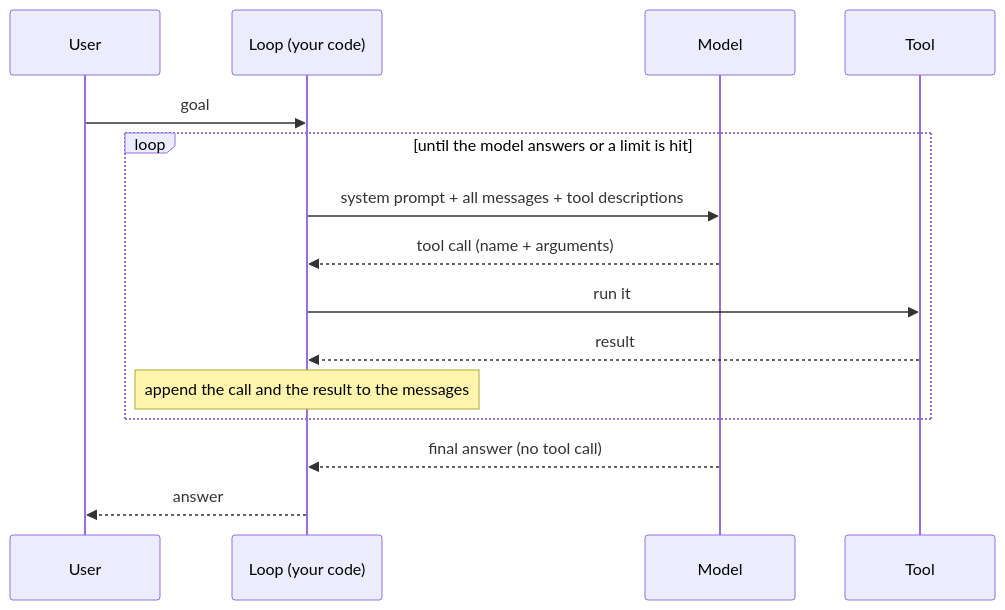
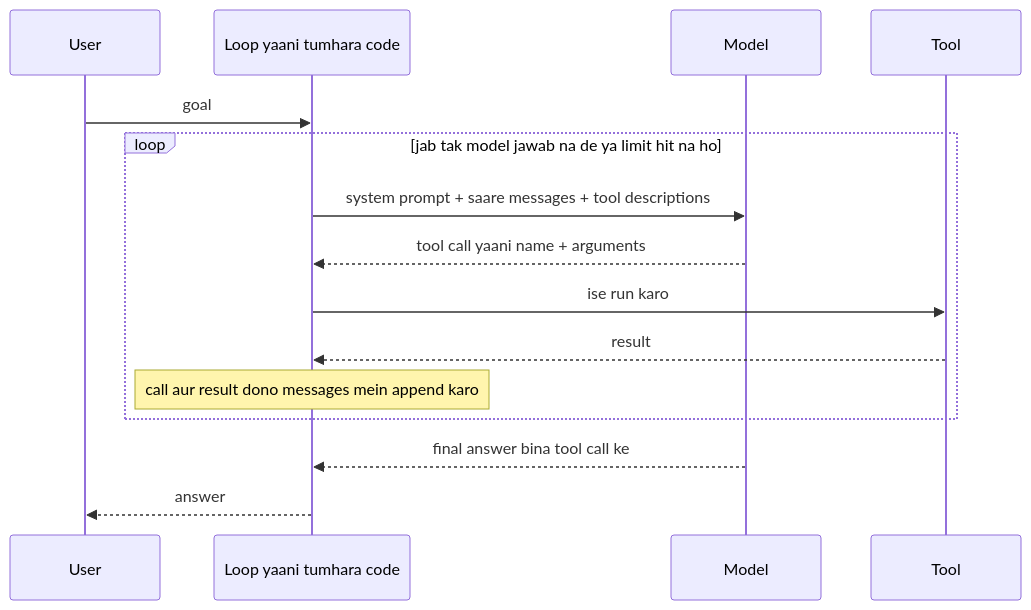
Before and after one commit to asmustechno/agentic-ai-notes: the second of 2 diagrams in docs/02-the-agent-loop/02.1-the-observe-think-act-loop.md, drawn with Mermaid. The commit also changed other lines of this file and 135 other files, not shown here.

````diff
--- a/docs/02-the-agent-loop/02.1-the-observe-think-act-loop.md
+++ b/docs/02-the-agent-loop/02.1-the-observe-think-act-loop.md
@@ -60,17 +60,17 @@
 ```mermaid
 sequenceDiagram
     participant U as User
-    participant L as Loop (your code)
+    participant L as Loop yaani tumhara code
     participant M as Model
     participant T as Tool
     U->>L: goal
-    loop until the model answers or a limit is hit
-        L->>M: system prompt + all messages + tool descriptions
-        M-->>L: tool call (name + arguments)
-        L->>T: run it
+    loop jab tak model jawab na de ya limit hit na ho
+        L->>M: system prompt + saare messages + tool descriptions
+        M-->>L: tool call yaani name + arguments
+        L->>T: ise run karo
         T-->>L: result
-        Note over L: append the call and the result to the messages
+        Note over L: call aur result dono messages mein append karo
     end
-    M-->>L: final answer (no tool call)
+    M-->>L: final answer bina tool call ke
     L-->>U: answer
 ```
````
